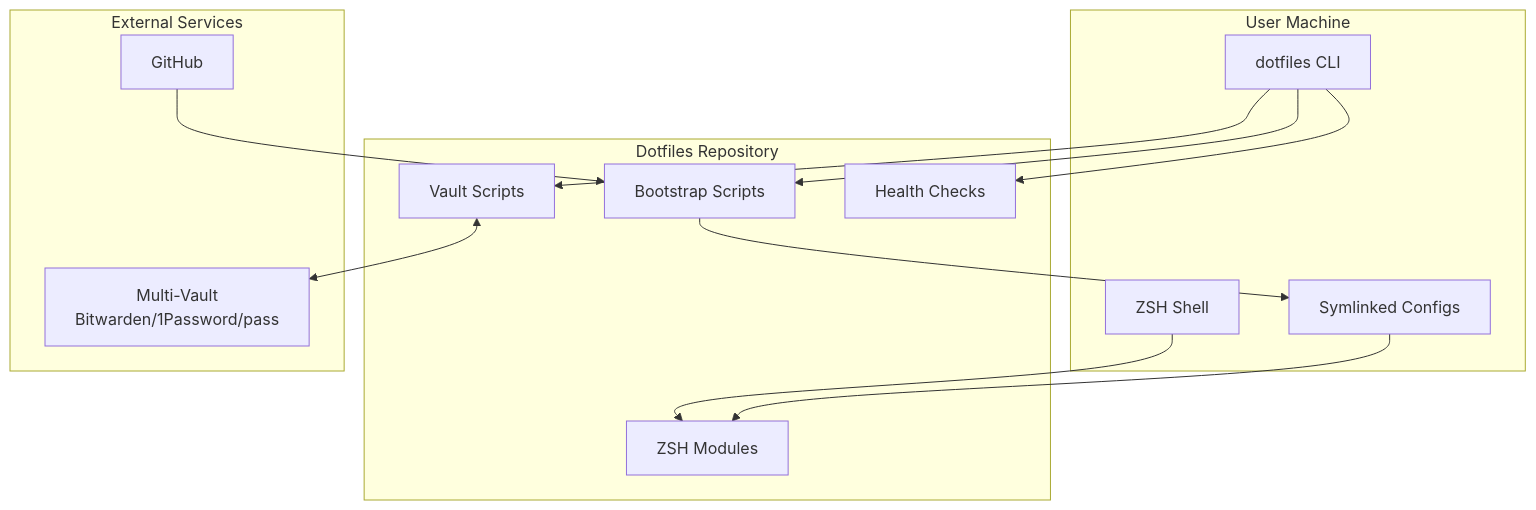
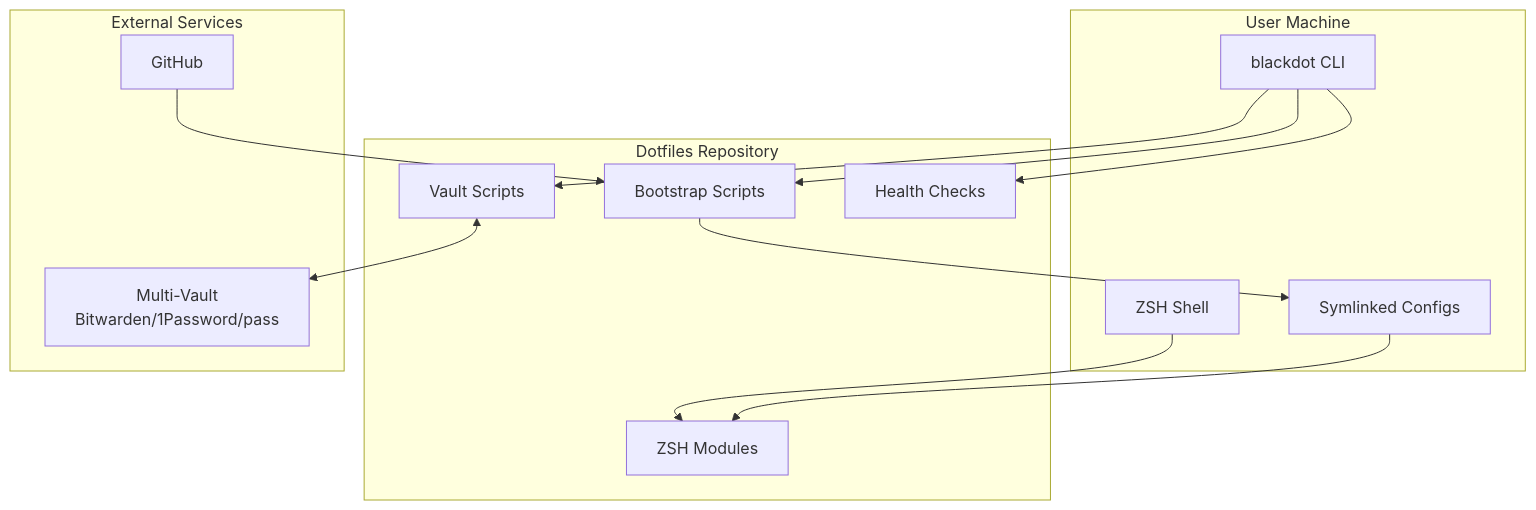
The first of 10 diagrams in docs/architecture.md (blackwell-systems/blackdot), drawn with Mermaid before and after one commit. The commit also changed other lines of this file and 83 other files, not shown here.

````diff
--- a/docs/architecture.md
+++ b/docs/architecture.md
@@ -22,30 +22,30 @@
 ```mermaid
 graph TB
     subgraph "User Machine"
-        CLI[dotfiles CLI]
+        CLI[blackdot CLI]
         ZSH[ZSH Shell]
         SYMLINKS[Symlinked Configs]
     end
 
     subgraph "Dotfiles Repository"
         BOOTSTRAP[Bootstrap Scripts]
         VAULT_SCRIPTS[Vault Scripts]
         DOCTOR[Health Checks]
         ZSHD[ZSH Modules]
     end
 
     subgraph "External Services"
         VAULT_BACKEND["Multi-Vault<br/>Bitwarden/1Password/pass"]
         GH[GitHub]
     end
 
     CLI --> DOCTOR
     CLI --> VAULT_SCRIPTS
     CLI --> BOOTSTRAP
     ZSH --> ZSHD
     SYMLINKS --> ZSHD
 
     VAULT_SCRIPTS <--> VAULT_BACKEND
     BOOTSTRAP --> SYMLINKS
     GH --> BOOTSTRAP
 ```
````
